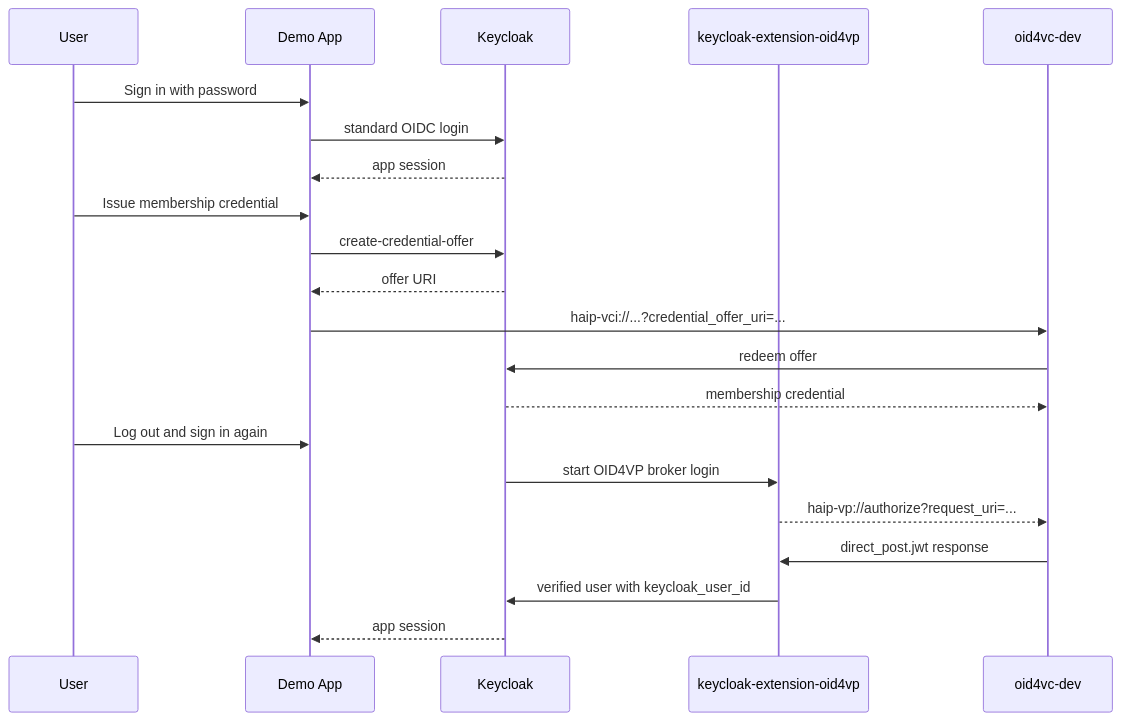
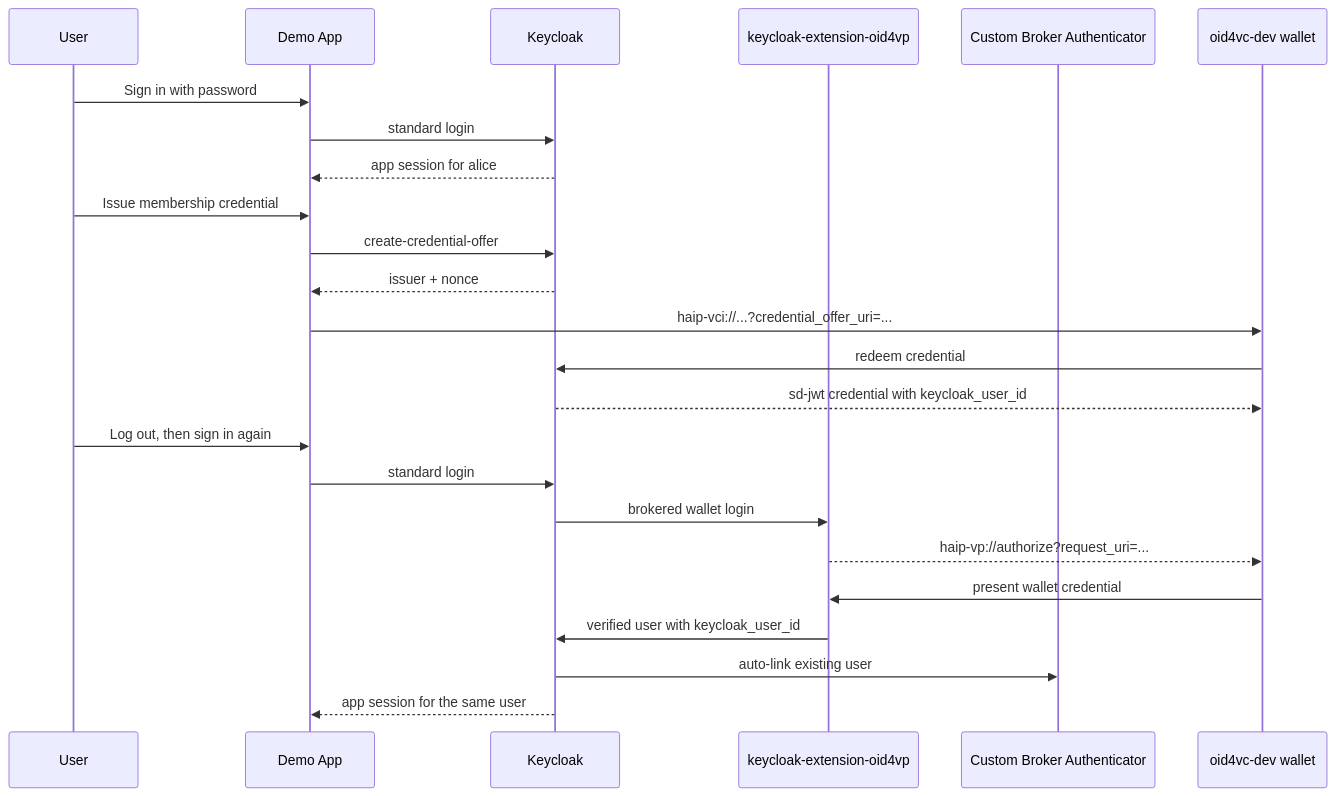
The first of 3 diagrams in examples/keycloak-issuer-verifier-haip-app/README.md (dominikschlosser/ssi-debugger), drawn with Mermaid before and after one commit. The commit also changed other lines of this file and 8 other files, not shown here.

````diff
--- a/examples/keycloak-issuer-verifier-haip-app/README.md
+++ b/examples/keycloak-issuer-verifier-haip-app/README.md
@@ -23,26 +29,28 @@
 ```mermaid
 sequenceDiagram
     participant U as User
     participant APP as Demo App
     participant KC as Keycloak
     participant EXT as keycloak-extension-oid4vp
-    participant W as oid4vc-dev
+    participant BROKER as Custom Broker Authenticator
+    participant W as oid4vc-dev wallet
 
     U->>APP: Sign in with password
-    APP->>KC: standard OIDC login
-    KC-->>APP: app session
-
+    APP->>KC: standard login
+    KC-->>APP: app session for alice
     U->>APP: Issue membership credential
     APP->>KC: create-credential-offer
-    KC-->>APP: offer URI
+    KC-->>APP: issuer + nonce
     APP->>W: haip-vci://...?credential_offer_uri=...
-    W->>KC: redeem offer
-    KC-->>W: membership credential
+    W->>KC: redeem credential
+    KC-->>W: sd-jwt credential with keycloak_user_id
 
-    U->>APP: Log out and sign in again
-    KC->>EXT: start OID4VP broker login
+    U->>APP: Log out, then sign in again
+    APP->>KC: standard login
+    KC->>EXT: brokered wallet login
     EXT-->>W: haip-vp://authorize?request_uri=...
-    W->>EXT: direct_post.jwt response
+    W->>EXT: present wallet credential
     EXT->>KC: verified user with keycloak_user_id
-    KC-->>APP: app session
+    KC->>BROKER: auto-link existing user
+    KC-->>APP: app session for the same user
 ```
````
